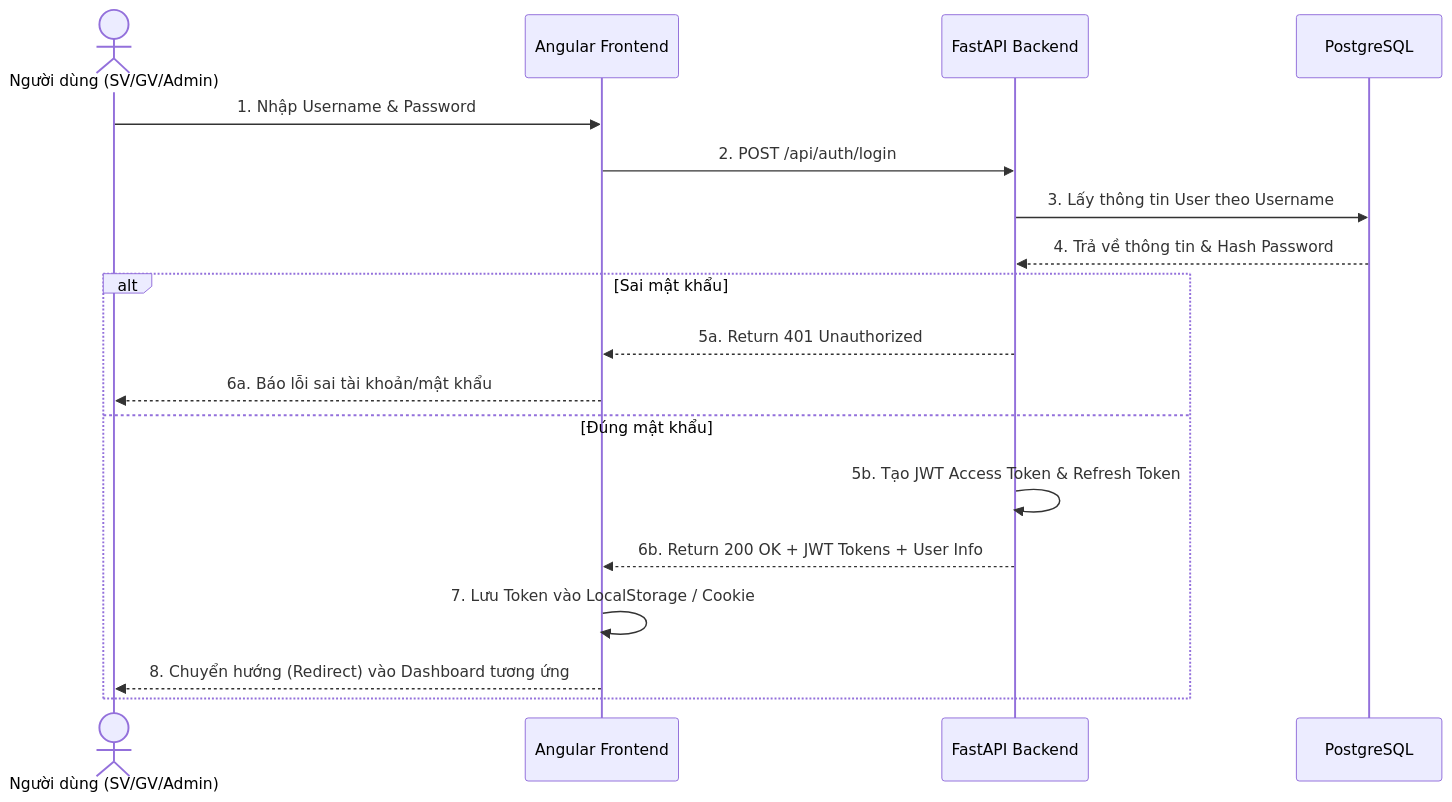
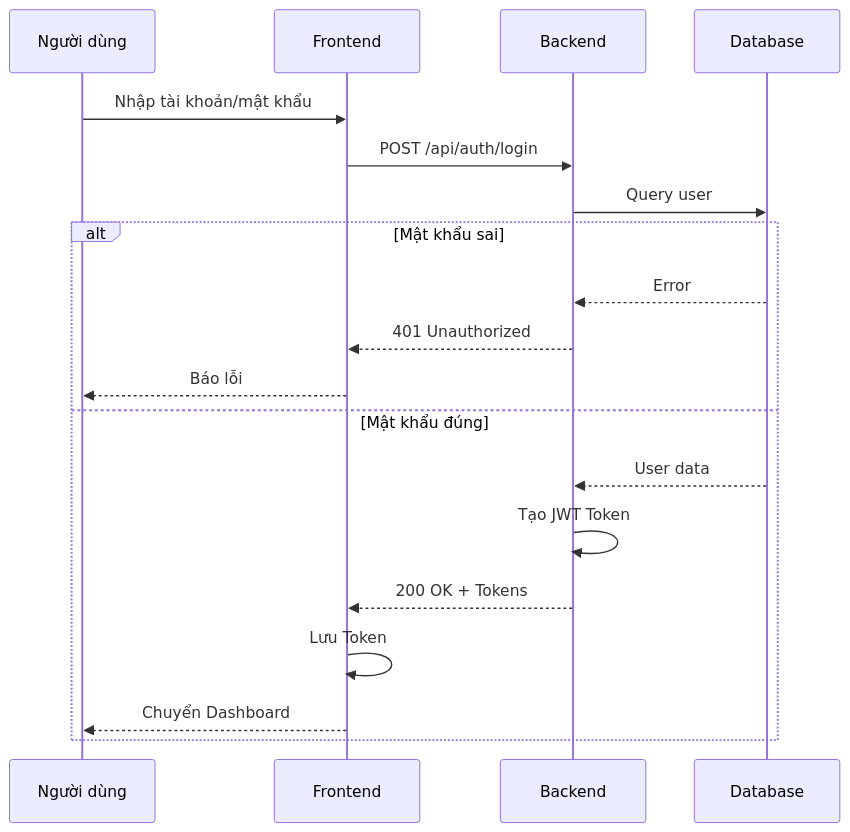
One commit to QuocVu00/luu-tam changed the seventh of 10 diagrams in diagrams_research_thesis_portal.md. Above: the diagram before and after it, drawn with Mermaid. The commit also changed other lines of this file, not shown here.

Commit message:
Fix Mermaid diagrams to render correctly in GitHub preview and update the markdown document.

````diff
--- a/diagrams_research_thesis_portal.md
+++ b/diagrams_research_thesis_portal.md
@@ -197,22 +197,23 @@
 ```mermaid
 sequenceDiagram
-    actor User as Người dùng (SV/GV/Admin)
-    participant UI as Angular Frontend
-    participant API as FastAPI Backend
-    participant DB as PostgreSQL
+    participant User as Người dùng
+    participant UI as Frontend
+    participant API as Backend
+    participant DB as Database
 
-    User->>UI: 1. Nhập Username & Password
-    UI->>API: 2. POST /api/auth/login
-    API->>DB: 3. Lấy thông tin User theo Username
-    DB-->>API: 4. Trả về thông tin & Hash Password
+    User->>UI: Nhập tài khoản/mật khẩu
+    UI->>API: POST /api/auth/login
+    API->>DB: Query user
 
-    alt Sai mật khẩu
-        API-->>UI: 5a. Return 401 Unauthorized
-        UI-->>User: 6a. Báo lỗi sai tài khoản/mật khẩu
-    else Đúng mật khẩu
-        API->>API: 5b. Tạo JWT Access Token & Refresh Token
-        API-->>UI: 6b. Return 200 OK + JWT Tokens + User Info
-        UI->>UI: 7. Lưu Token vào LocalStorage / Cookie
-        UI-->>User: 8. Chuyển hướng (Redirect) vào Dashboard tương ứng
+    alt Mật khẩu sai
+        DB-->>API: Error
+        API-->>UI: 401 Unauthorized
+        UI-->>User: Báo lỗi
+    else Mật khẩu đúng
+        DB-->>API: User data
+        API->>API: Tạo JWT Token
+        API-->>UI: 200 OK + Tokens
+        UI->>UI: Lưu Token
+        UI-->>User: Chuyển Dashboard
     end
 ```
````
